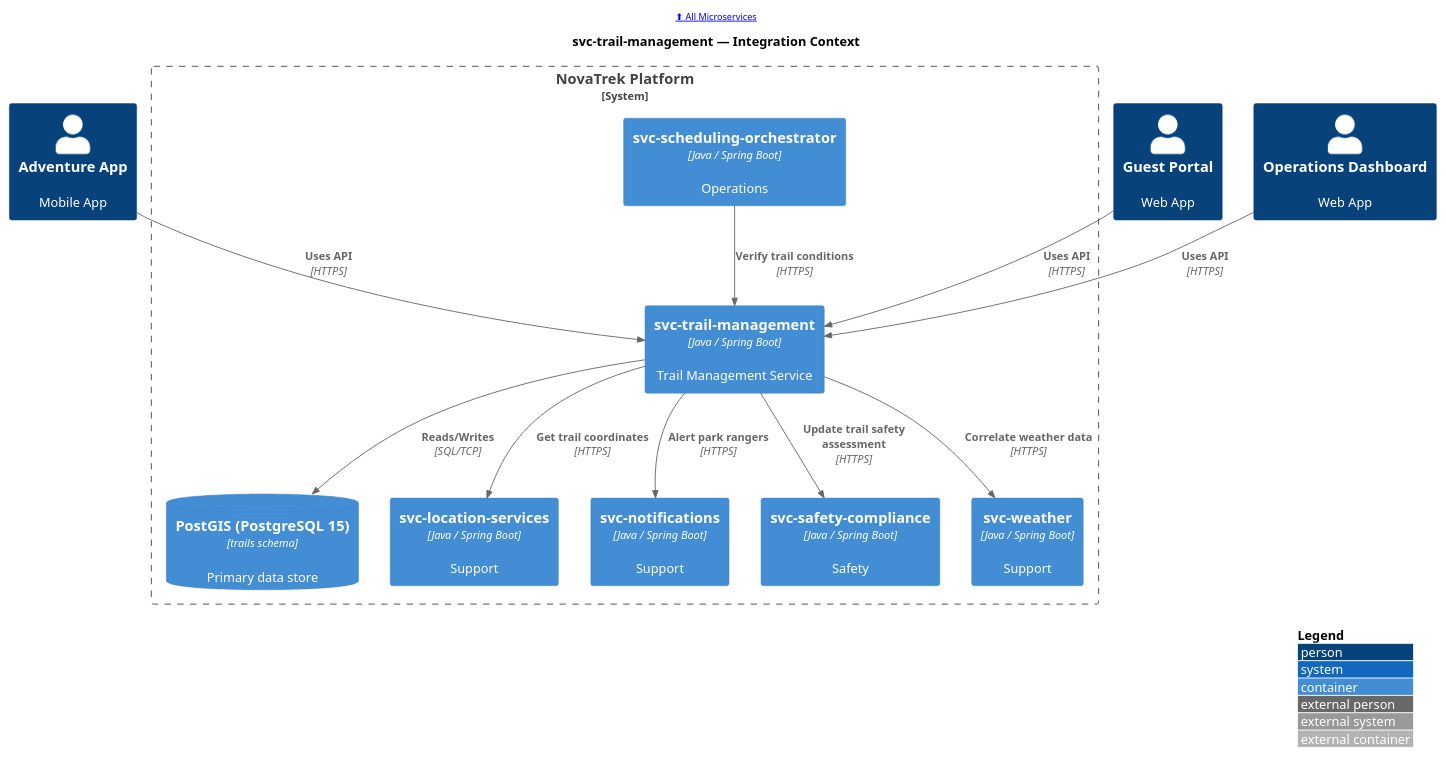
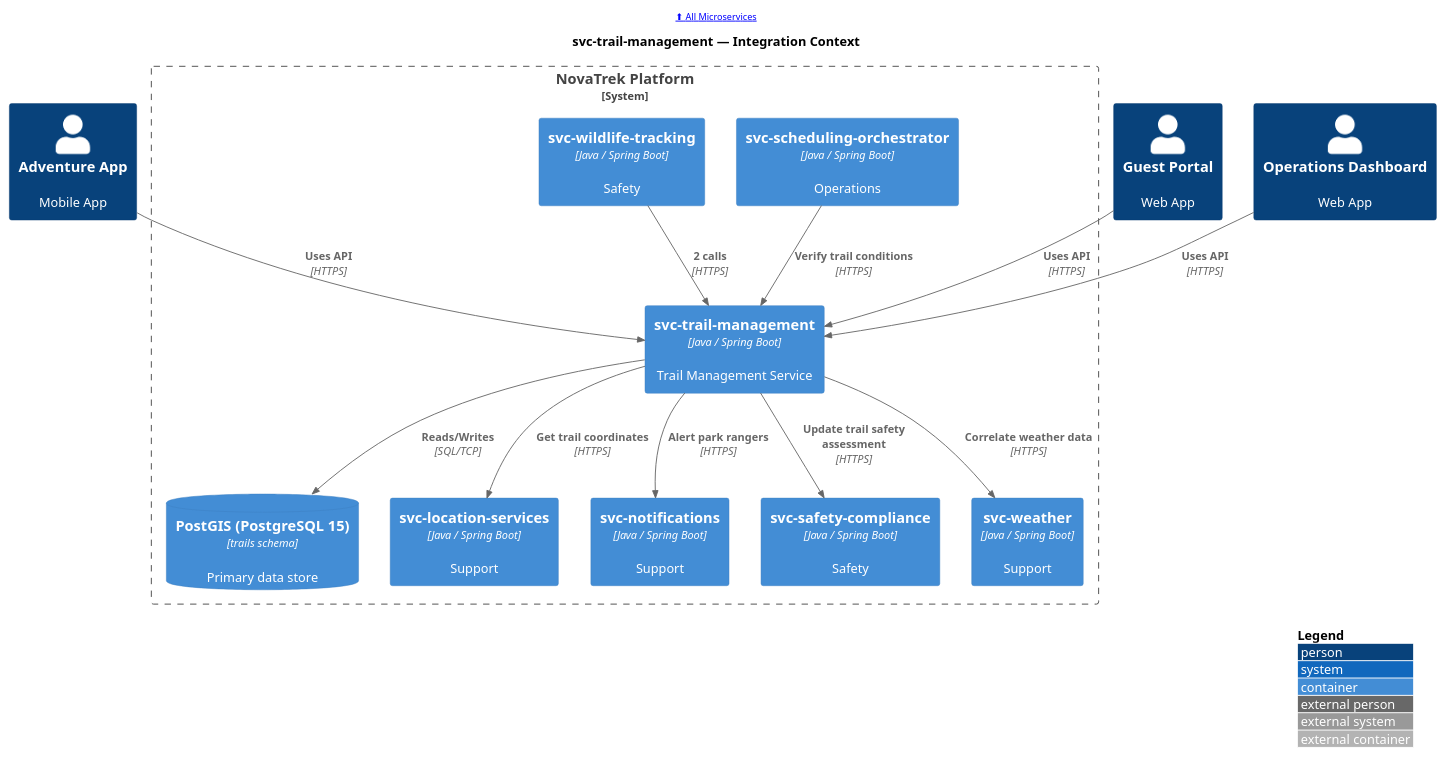
Before and after one commit to christopherblaisdell/continuous-architecture-platform-poc: the diagram in portal/site/microservices/puml/svc-trail-management--c4-context.puml, drawn with PlantUML. The commit also changed 122 other files, not shown here.

Commit message:
Add svc-emergency-response and svc-wildlife-tracking: 2 new Safety domain services with OpenAPI specs, AsyncAPI events, metadata, 182 diagrams, deployed to Azure SWA

```diff
--- a/portal/site/microservices/puml/svc-trail-management--c4-context.puml
+++ b/portal/site/microservices/puml/svc-trail-management--c4-context.puml
@@ -1,36 +1,38 @@
 @startuml
 !include <c4/C4_Container>
 
 LAYOUT_WITH_LEGEND()
 LAYOUT_TOP_DOWN()
 
 header [[/microservices/ ⬆ All Microservices]]
 
 title svc-trail-management — Integration Context
 
 Person(app_guest_mobile, "Adventure App", "Mobile App", $link="/applications/app-guest-mobile/#service-dependencies")
 Person(web_guest_portal, "Guest Portal", "Web App", $link="/applications/web-guest-portal/#service-dependencies")
 Person(web_ops_dashboard, "Operations Dashboard", "Web App", $link="/applications/web-ops-dashboard/#service-dependencies")
 
 System_Boundary(boundary, "NovaTrek Platform") {
     Container(svc_trail_management, "svc-trail-management", "Java / Spring Boot", "Trail Management Service", $link="/microservices/svc-trail-management/")
     ContainerDb(svc_trail_management_db, "PostGIS (PostgreSQL 15)", "trails schema", "Primary data store", $link="/microservices/svc-trail-management/#data-store")
     Container(svc_scheduling_orchestrator, "svc-scheduling-orchestrator", "Java / Spring Boot", "Operations", $link="/microservices/svc-scheduling-orchestrator/#integration-context")
+    Container(svc_wildlife_tracking, "svc-wildlife-tracking", "Java / Spring Boot", "Safety", $link="/microservices/svc-wildlife-tracking/#integration-context")
     Container(svc_location_services, "svc-location-services", "Java / Spring Boot", "Support", $link="/microservices/svc-location-services/#integration-context")
     Container(svc_notifications, "svc-notifications", "Java / Spring Boot", "Support", $link="/microservices/svc-notifications/#integration-context")
     Container(svc_safety_compliance, "svc-safety-compliance", "Java / Spring Boot", "Safety", $link="/microservices/svc-safety-compliance/#integration-context")
     Container(svc_weather, "svc-weather", "Java / Spring Boot", "Support", $link="/microservices/svc-weather/#integration-context")
 }
 
 
 Rel(app_guest_mobile, svc_trail_management, "Uses API", "HTTPS")
 Rel(web_guest_portal, svc_trail_management, "Uses API", "HTTPS")
 Rel(web_ops_dashboard, svc_trail_management, "Uses API", "HTTPS")
 Rel(svc_scheduling_orchestrator, svc_trail_management, "Verify trail conditions", "HTTPS")
+Rel(svc_wildlife_tracking, svc_trail_management, "2 calls", "HTTPS")
 Rel(svc_trail_management, svc_trail_management_db, "Reads/Writes", "SQL/TCP")
 Rel(svc_trail_management, svc_location_services, "Get trail coordinates", "HTTPS")
 Rel(svc_trail_management, svc_notifications, "Alert park rangers", "HTTPS")
 Rel(svc_trail_management, svc_safety_compliance, "Update trail safety assessment", "HTTPS")
 Rel(svc_trail_management, svc_weather, "Correlate weather data", "HTTPS")
 
 @enduml
```
